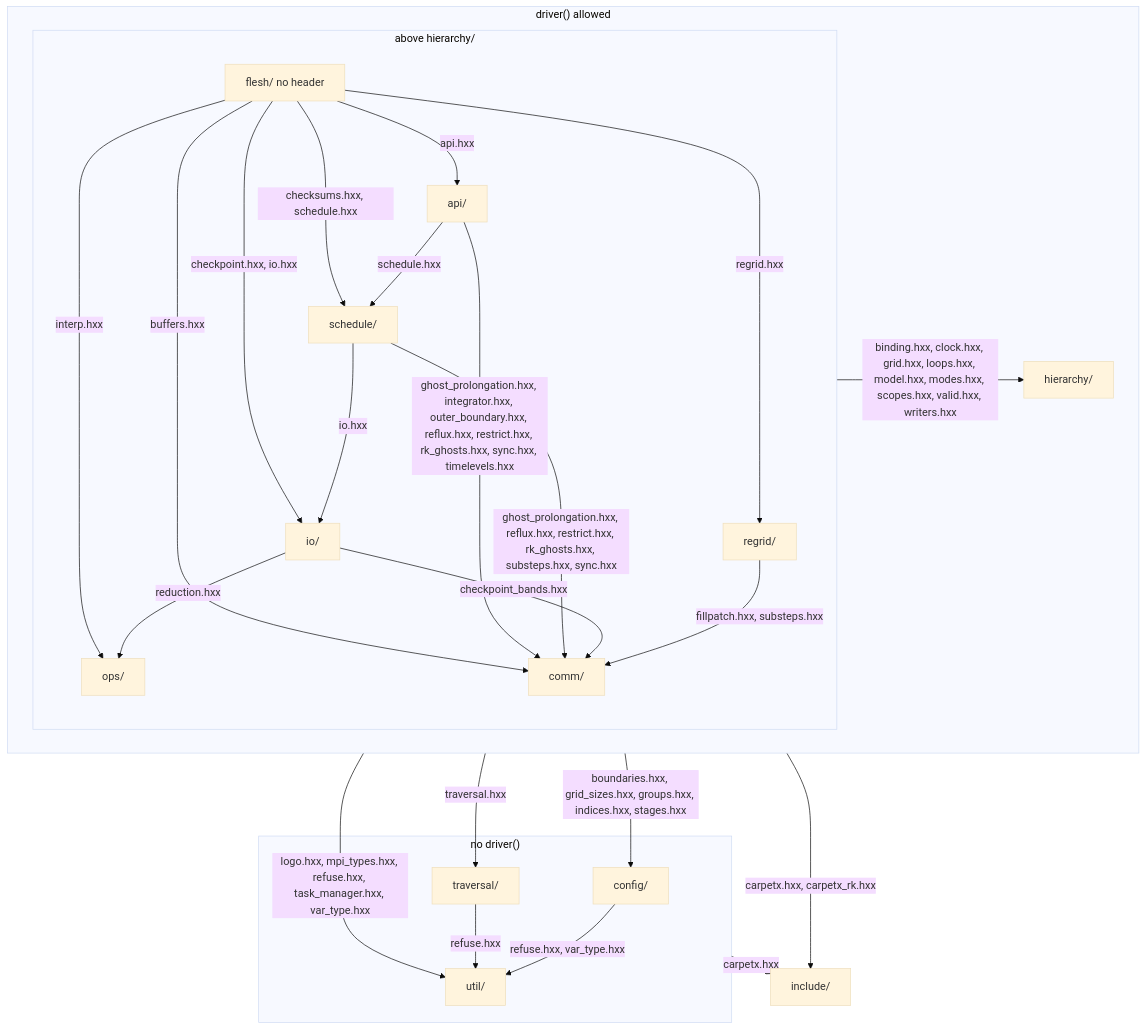
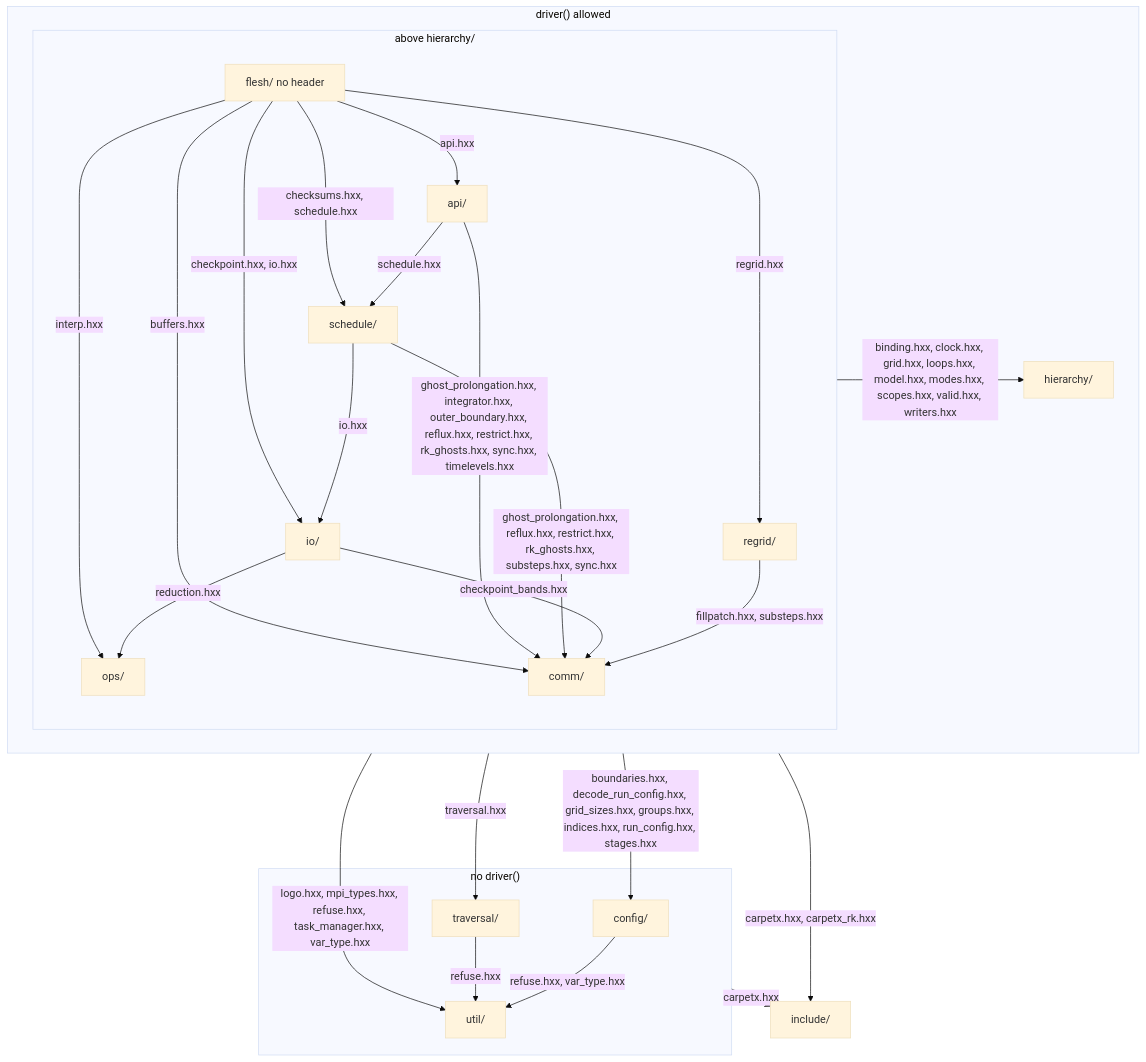
One commit to lwJi/CarpetX changed the first of 3 diagrams in agent_docs/carpetx-internals.md. Above: the diagram before and after it, drawn with Mermaid (base theme). The commit also changed other lines of this file and 25 other files, not shown here.

````diff
--- a/agent_docs/carpetx-internals.md
+++ b/agent_docs/carpetx-internals.md
@@ -7,42 +7,42 @@
 ```mermaid
 flowchart TB
   subgraph door["driver() allowed"]
     subgraph above["above hierarchy/"]
       flesh["flesh/ no header"]
       api["api/"]
       schedule["schedule/"]
       io["io/"]
       ops["ops/"]
       regrid["regrid/"]
       comm["comm/"]
     end
     hierarchy["hierarchy/"]
   end
   subgraph nodoor["no driver()"]
     config["config/"]
     traversal["traversal/"]
     util["util/"]
   end
   include["include/"]
   flesh -- "api.hxx" --> api
   flesh -- "checksums.hxx, schedule.hxx" --> schedule
   flesh -- "checkpoint.hxx, io.hxx" --> io
   flesh -- "interp.hxx" --> ops
   flesh -- "regrid.hxx" --> regrid
   flesh -- "buffers.hxx" --> comm
   api -- "schedule.hxx" --> schedule
   api -- "ghost_prolongation.hxx, integrator.hxx, outer_boundary.hxx, reflux.hxx, restrict.hxx, rk_ghosts.hxx, sync.hxx, timelevels.hxx" --> comm
   schedule -- "io.hxx" --> io
   schedule -- "ghost_prolongation.hxx, reflux.hxx, restrict.hxx, rk_ghosts.hxx, substeps.hxx, sync.hxx" --> comm
   io -- "reduction.hxx" --> ops
   io -- "checkpoint_bands.hxx" --> comm
   regrid -- "fillpatch.hxx, substeps.hxx" --> comm
   config -- "refuse.hxx, var_type.hxx" --> util
   traversal -- "refuse.hxx" --> util
   above -- "binding.hxx, clock.hxx, grid.hxx, loops.hxx, model.hxx, modes.hxx, scopes.hxx, valid.hxx, writers.hxx" --> hierarchy
-  door -- "boundaries.hxx, grid_sizes.hxx, groups.hxx, indices.hxx, stages.hxx" --> config
+  door -- "boundaries.hxx, decode_run_config.hxx, grid_sizes.hxx, groups.hxx, indices.hxx, run_config.hxx, stages.hxx" --> config
   door -- "traversal.hxx" --> traversal
   door -- "logo.hxx, mpi_types.hxx, refuse.hxx, task_manager.hxx, var_type.hxx" --> util
   door -- "carpetx.hxx, carpetx_rk.hxx" --> include
   nodoor -- "carpetx.hxx" --> include
 ```
````
